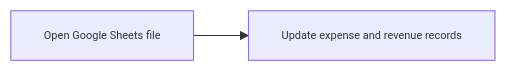
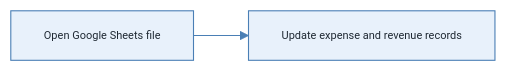
One commit to eruibal/Projects changed the third of 3 diagrams in docs/ER/Pagos provisionales/Declaración mensual.md. Above: the diagram before and after it, drawn with Mermaid. The commit also changed other lines of this file, not shown here.

````diff
--- a/docs/ER/Pagos provisionales/Declaración mensual.md
+++ b/docs/ER/Pagos provisionales/Declaración mensual.md
@@ -139,15 +184,32 @@
 ```mermaid
 %%{
   init: {
+    'theme': 'base',
     'flowchart': {
       'useMaxWidth': false,
       'htmlLabels': true
     },
     'themeVariables': {
-      'fontSize': '10px'
+      'fontSize': '10px',
+      'background': '#ffffff',
+      'mainBkg': '#e8f1fb',
+      'primaryColor': '#e8f1fb',
+      'primaryTextColor': '#1f2933',
+      'primaryBorderColor': '#4a7fb5',
+      'nodeBorder': '#4a7fb5',
+      'secondaryColor': '#f3f6f9',
+      'tertiaryColor': '#ffffff',
+      'lineColor': '#4a7fb5',
+      'textColor': '#1f2933',
+      'edgeLabelBackground': '#ffffff'
     }
   }
 }%%
 flowchart LR
     A["Open Google Sheets file"] --> B["Update expense and revenue records"]
+
+    %% Light styling
+    style A fill:#e8f1fb,stroke:#4a7fb5,color:#1f2933
+    style B fill:#e8f1fb,stroke:#4a7fb5,color:#1f2933
+    linkStyle default stroke:#4a7fb5
 ```
````
